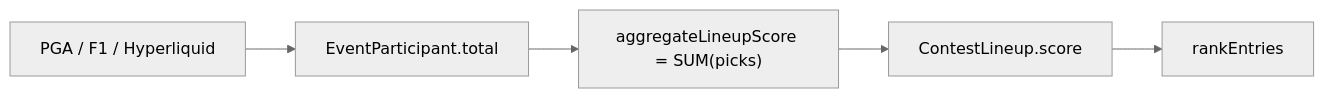
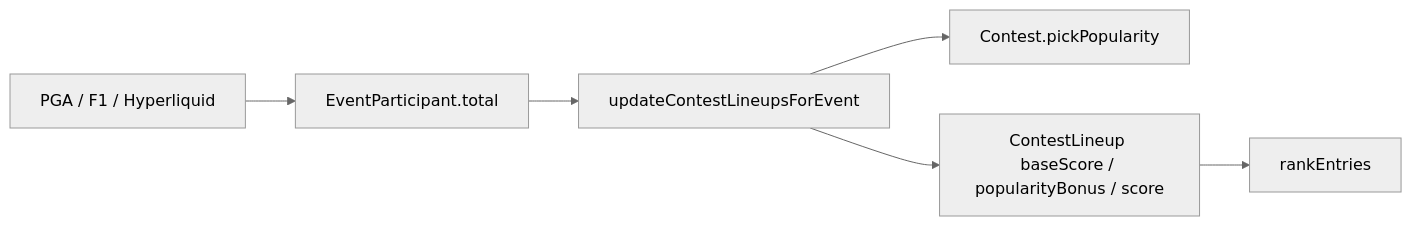
One commit to MagRelo/cut changed the first of 2 diagrams in docs/platform/consensus-axis.md. Above: the diagram before and after it, drawn with Mermaid (neutral theme). The commit also changed other lines of this file and 25 other files, not shown here.

First line of the commit message:
Enhance contest scoring with popularity adjustments

````diff
--- a/docs/platform/consensus-axis.md
+++ b/docs/platform/consensus-axis.md
@@ -11,7 +11,8 @@
 ```mermaid
 flowchart LR
   Feed[PGA / F1 / Hyperliquid] --> EP[EventParticipant.total]
-  EP --> Sum["aggregateLineupScore = SUM(picks)"]
-  Sum --> CL[ContestLineup.score]
+  EP --> Orch[updateContestLineupsForEvent]
+  Orch --> PP[Contest.pickPopularity]
+  Orch --> CL["ContestLineup baseScore / popularityBonus / score"]
   CL --> Rank[rankEntries]
 ```
````
